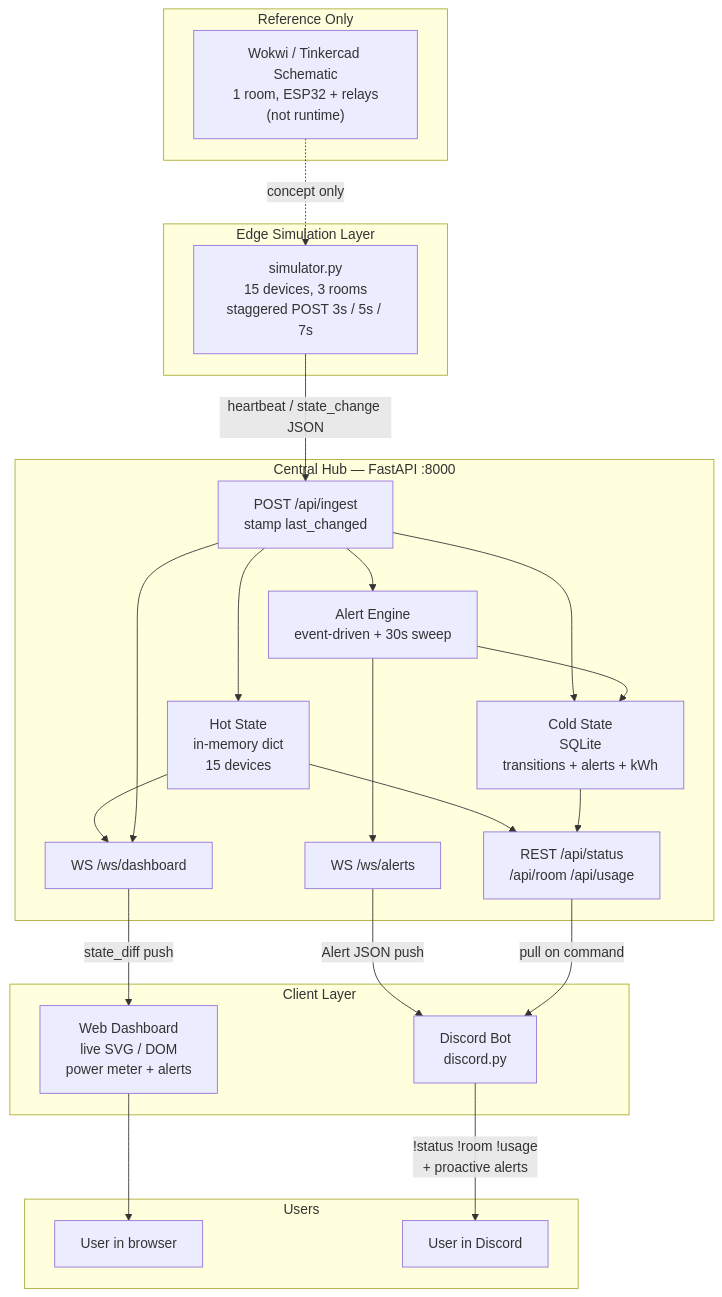
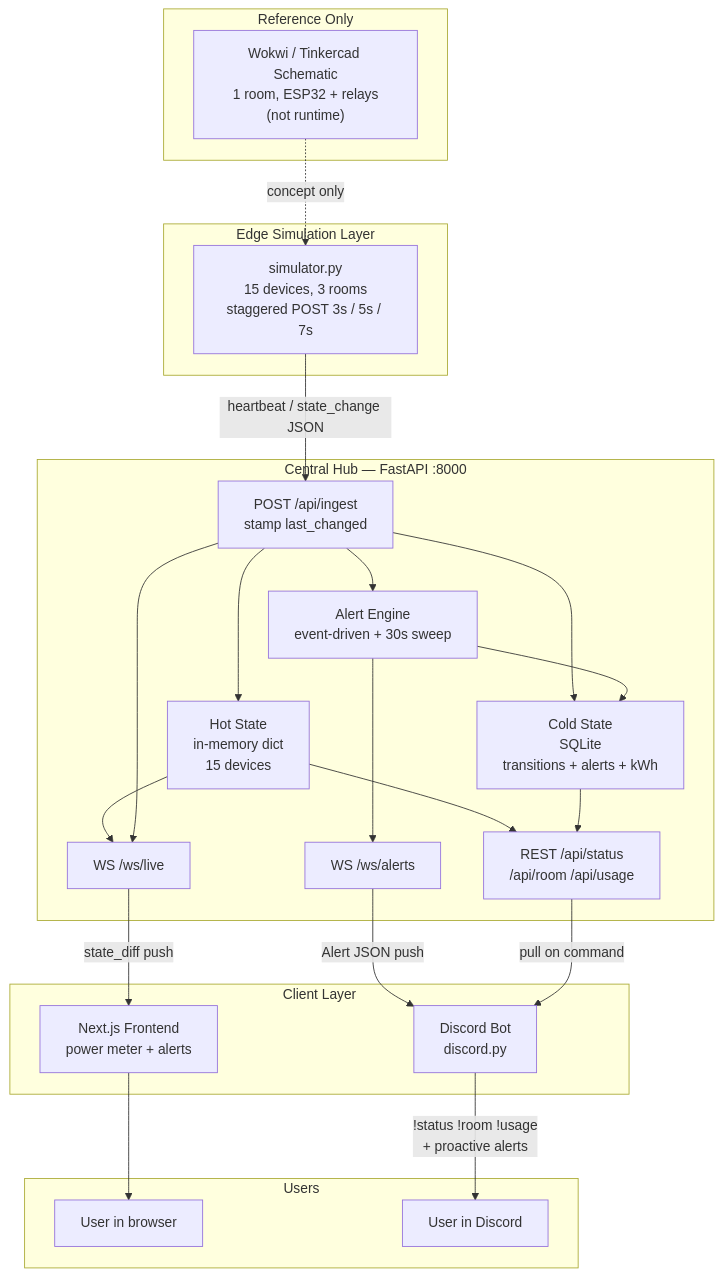
The first of 8 diagrams in doc/HIGH_LEVEL_DIAGRAMS.md (naeemsadik/IUT_Techathon_Preli), drawn with Mermaid before and after one commit. The commit also changed other lines of this file and 33 other files, not shown here.

````diff
--- a/doc/HIGH_LEVEL_DIAGRAMS.md
+++ b/doc/HIGH_LEVEL_DIAGRAMS.md
@@ -20,49 +20,49 @@
 ```mermaid
 flowchart TB
     subgraph hardware [Reference Only]
         Wokwi["Wokwi / Tinkercad Schematic\n1 room, ESP32 + relays\n(not runtime)"]
     end
 
     subgraph edge [Edge Simulation Layer]
         Sim["simulator.py\n15 devices, 3 rooms\nstaggered POST 3s / 5s / 7s"]
     end
 
     subgraph backend [Central Hub — FastAPI :8000]
         Ingest["POST /api/ingest\nstamp last_changed"]
         Hot["Hot State\nin-memory dict\n15 devices"]
         Cold["Cold State\nSQLite\ntransitions + alerts + kWh"]
         Engine["Alert Engine\nevent-driven + 30s sweep"]
         REST["REST /api/status\n/api/room /api/usage"]
         WSAlert["WS /ws/alerts"]
-        WSDash["WS /ws/dashboard"]
+        WSDash["WS /ws/live"]
     end
 
     subgraph clients [Client Layer]
-        Dash["Web Dashboard\nlive SVG / DOM\npower meter + alerts"]
+        Dash["Next.js Frontend\npower meter + alerts"]
         Bot["Discord Bot\ndiscord.py"]
     end
 
     subgraph users [Users]
         WebUser["User in browser"]
         DiscordUser["User in Discord"]
     end
 
     Wokwi -.->|"concept only"| Sim
     Sim -->|"heartbeat / state_change JSON"| Ingest
     Ingest --> Hot
     Ingest --> Cold
     Ingest --> Engine
     Engine --> Cold
     Engine --> WSAlert
     Hot --> REST
     Hot --> WSDash
     Cold --> REST
     Ingest --> WSDash
 
     WSDash -->|"state_diff push"| Dash
     WSAlert -->|"Alert JSON push"| Bot
     REST -->|"pull on command"| Bot
 
     Dash --> WebUser
     Bot -->|"!status !room !usage\n+ proactive alerts"| DiscordUser
 ```
````
